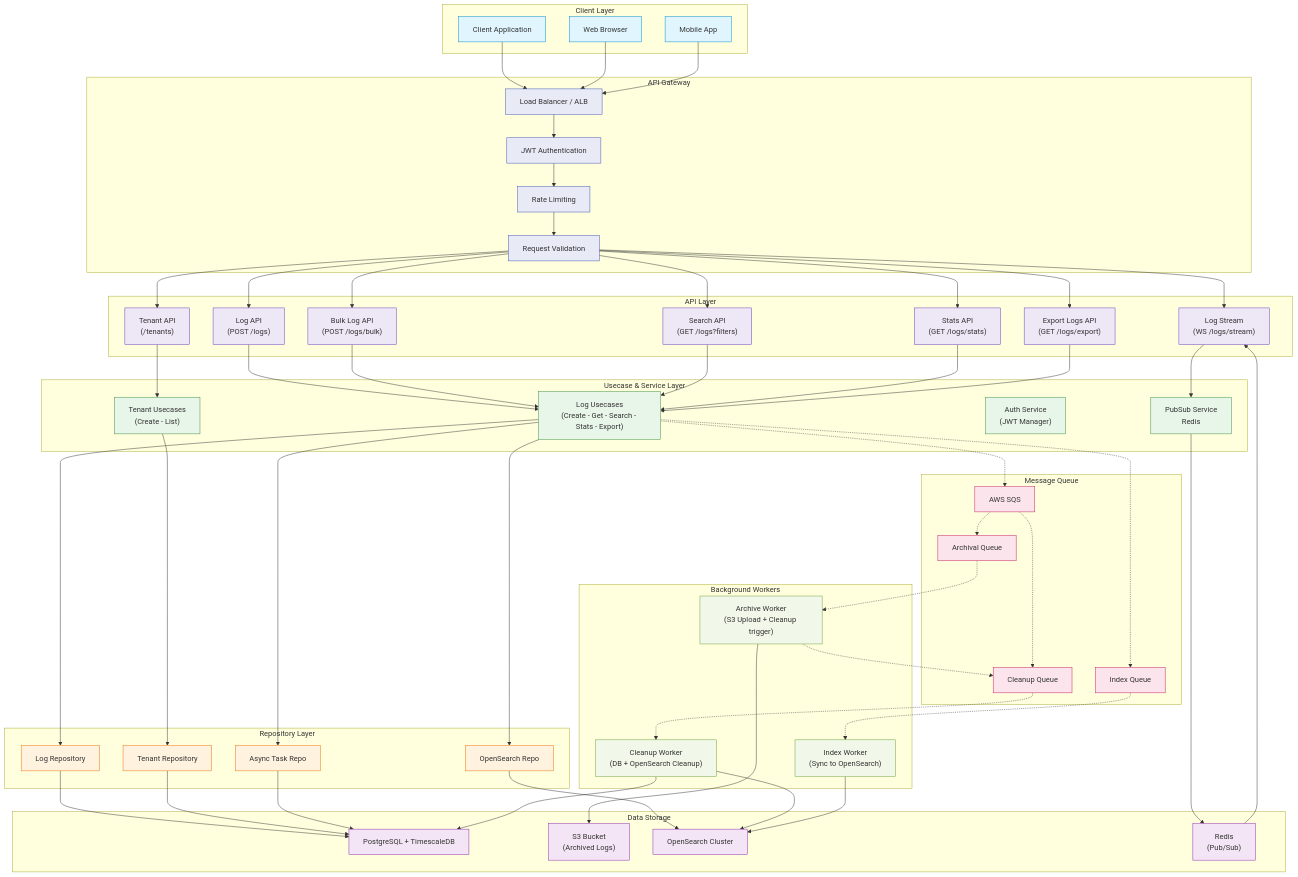
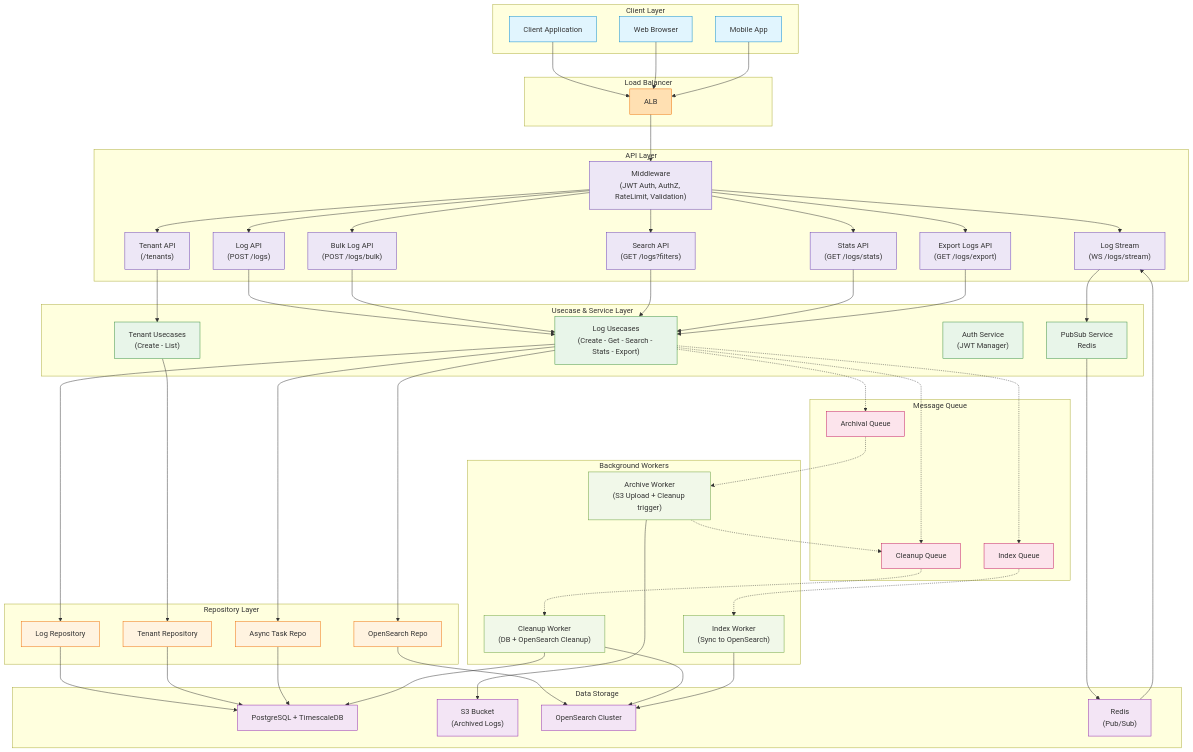
Before and after one commit to Haevnen/audit-logging-api: the first of 4 diagrams in docs/System_architecture.md, drawn with Mermaid.

````diff
--- a/docs/System_architecture.md
+++ b/docs/System_architecture.md
@@ -11,16 +11,14 @@
         Mobile["Mobile App"]
     end
 
-    %% ========== API GATEWAY ==========
-    subgraph "API Gateway"
-        LB["Load Balancer / ALB"]
-        Auth["JWT Authentication"]
-        RateLimit["Rate Limiting"]
-        Validation["Request Validation"]
+    %% ========== LOAD BALANCER ==========
+    subgraph "Load Balancer"
+        LB["ALB"]
     end
 
     %% ========== API LAYER ==========
     subgraph "API Layer"
+        Middleware["Middleware<br/>(JWT Auth, AuthZ, RateLimit, Validation)"]
         LogAPI["Log API<br/>(POST /logs)"]
         BulkAPI["Bulk Log API<br/>(POST /logs/bulk)"]
         SearchAPI["Search API<br/>(GET /logs?filters)"]
@@ -48,7 +46,6 @@
 
     %% ========== MESSAGE QUEUE ==========
     subgraph "Message Queue"
-        SQS["AWS SQS"]
         ArchivalQueue["Archival Queue"]
         CleanupQueue["Cleanup Queue"]
         IndexQueue["Index Queue"]
@@ -74,17 +71,14 @@
     Browser --> LB
     Mobile --> LB
 
-    LB --> Auth
-    Auth --> RateLimit
-    RateLimit --> Validation
-
-    Validation --> LogAPI
-    Validation --> BulkAPI
-    Validation --> SearchAPI
-    Validation --> StatAPI
-    Validation --> ExportAPI
-    Validation --> StreamAPI
-    Validation --> TenantAPI
+    LB --> Middleware
+    Middleware --> LogAPI
+    Middleware --> BulkAPI
+    Middleware --> SearchAPI
+    Middleware --> StatAPI
+    Middleware --> ExportAPI
+    Middleware --> StreamAPI
+    Middleware --> TenantAPI
 
     LogAPI --> LogUC
     BulkAPI --> LogUC
@@ -108,9 +102,8 @@
     Redis --> StreamAPI
 
     %% Async flows
-    LogUC -.-> SQS
-    SQS -.-> ArchivalQueue
-    SQS -.-> CleanupQueue
+    LogUC -.-> ArchivalQueue
+    LogUC -.-> CleanupQueue
     LogUC -.-> IndexQueue
 
     ArchivalQueue -.-> ArchiveWorker
@@ -125,7 +118,7 @@
 
     %% ========== STYLE ==========
     classDef client fill:#e1f5fe,stroke:#0288d1,stroke-width:1px
-    classDef gateway fill:#e8eaf6,stroke:#3f51b5,stroke-width:1px
+    classDef lb fill:#ffe0b2,stroke:#ef6c00,stroke-width:1px
     classDef api fill:#ede7f6,stroke:#673ab7,stroke-width:1px
     classDef service fill:#e8f5e9,stroke:#388e3c,stroke-width:1px
     classDef repo fill:#fff3e0,stroke:#ef6c00,stroke-width:1px
@@ -134,11 +127,11 @@
     classDef storage fill:#f3e5f5,stroke:#8e24aa,stroke-width:1px
 
     class Client,Browser,Mobile client
-    class LB,Auth,RateLimit,Validation gateway
-    class LogAPI,BulkAPI,SearchAPI,StatAPI,ExportAPI,StreamAPI,TenantAPI api
+    class LB lb
+    class Middleware,LogAPI,BulkAPI,SearchAPI,StatAPI,ExportAPI,StreamAPI,TenantAPI api
     class LogUC,TenantUC,AuthSvc,PubSubSvc service
     class LogRepo,TenantRepo,TaskRepo,OpenSearchRepo repo
-    class SQS,ArchivalQueue,CleanupQueue,IndexQueue mq
+    class ArchivalQueue,CleanupQueue,IndexQueue mq
     class ArchiveWorker,CleanupWorker,IndexWorker worker
     class Postgres,S3,OpenSearch,Redis storage
 ```
````
